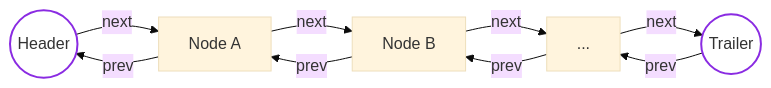
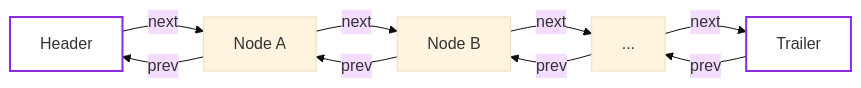
The first of 6 diagrams in lectures/lect-4-Doubly-Linked-List.md (ruslylove/datastruct), drawn with Mermaid (base theme) before and after one commit. The commit also changed other lines of this file and 1 other file, not shown here.

Commit message:
update diagram.

````diff
--- a/lectures/lect-4-Doubly-Linked-List.md
+++ b/lectures/lect-4-Doubly-Linked-List.md
@@ -45,25 +45,25 @@
 ```mermaid {scale:0.8}
 graph LR
     
-        H((Header))
-        T((Trailer))
+        H[Header]
+        T[Trailer]
         A[Node A]
         B[Node B]
         DOTS[...]
 
         H -- next --> A
         A -- prev --> H
 
         A -- next --> B
         B -- prev --> A
 
         B -- next --> DOTS
         DOTS -- prev --> B
 
         DOTS -- next --> T
         T -- prev --> DOTS
  
 
     style H stroke:#8A2BE2,stroke-width:2px,fill:transparent
     style T stroke:#8A2BE2,stroke-width:2px,fill:transparent
 ```
````
